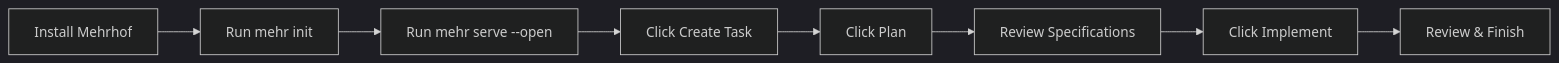
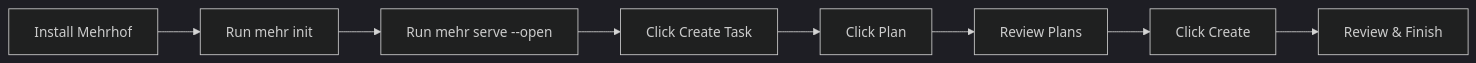
One commit to valksor/kvelmo changed the diagram in prototype/docs/quickstart.md. Above: the diagram before and after it, drawn with Mermaid (dark theme). The commit also changed other lines of this file and 9 other files, not shown here.

````diff
--- a/prototype/docs/quickstart.md
+++ b/prototype/docs/quickstart.md
@@ -78,10 +78,10 @@
 ```mermaid
 flowchart LR
     A[Install Mehrhof] --> B[Run mehr init]
     B --> C[Run mehr serve --open]
     C --> D[Click Create Task]
     D --> E[Click Plan]
-    E --> F[Review Specifications]
-    F --> G[Click Implement]
+    E --> F[Review Plans]
+    F --> G[Click Create]
     G --> H[Review & Finish]
 ```
````
